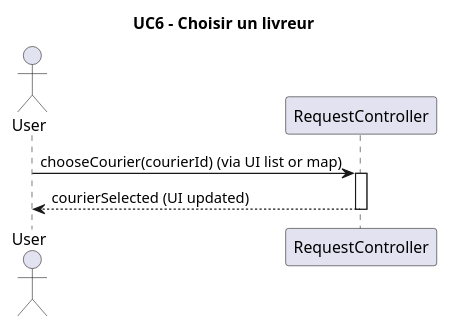
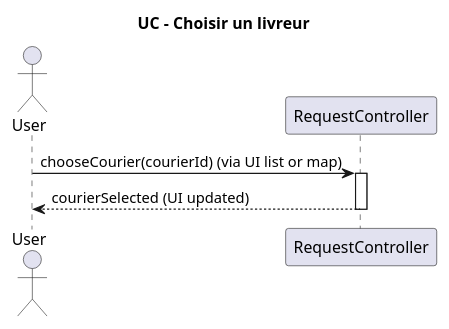
Before and after one commit to enzo-dosanjos/Pickup_Delivery_App: the diagram in diagrams/diagramUC6.plantuml, drawn with PlantUML. The commit also changed 9 other files, not shown here.

```diff
--- a/diagrams/diagramUC6.plantuml
+++ b/diagrams/diagramUC6.plantuml
@@ -1,12 +1,12 @@
 @startuml
-title UC6 - Choisir un livreur
+title UC - Choisir un livreur
 
 actor User
 participant "RequestController" as RC
 
 User -> RC : chooseCourier(courierId) (via UI list or map)
 activate RC
 
 RC --> User : courierSelected (UI updated)
 deactivate RC
 @enduml
```
